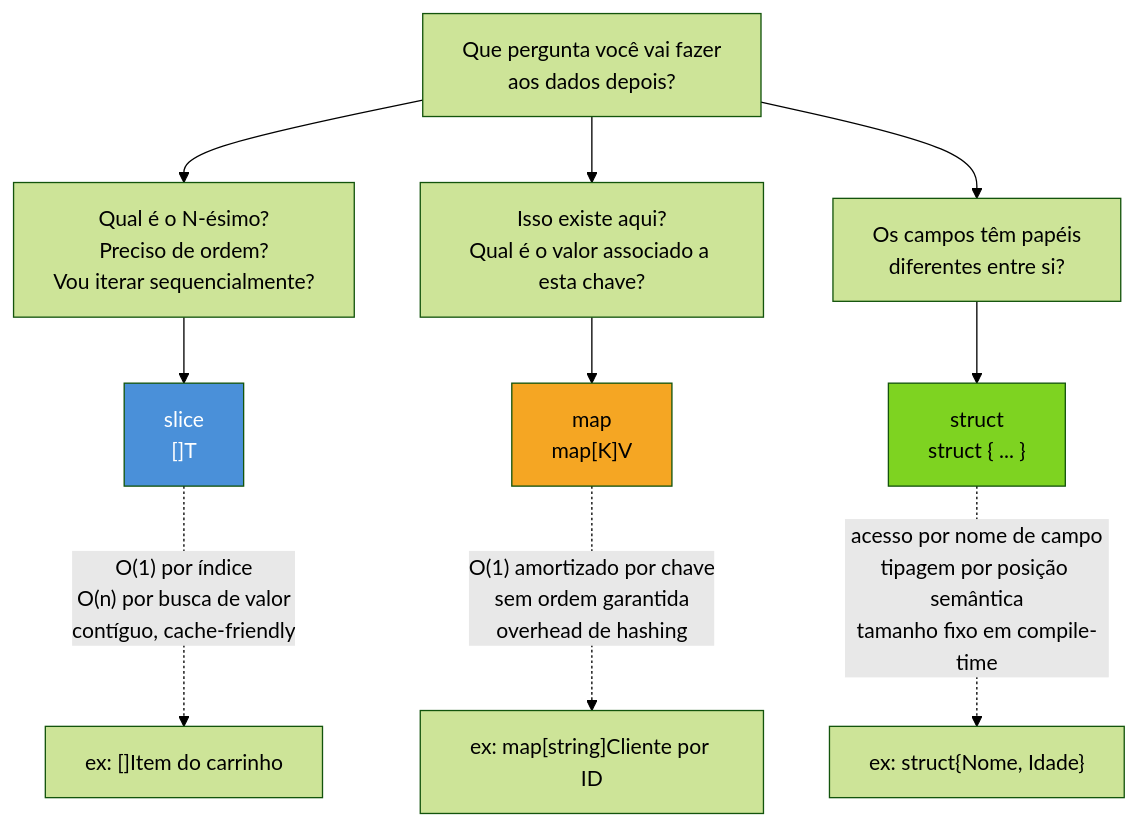
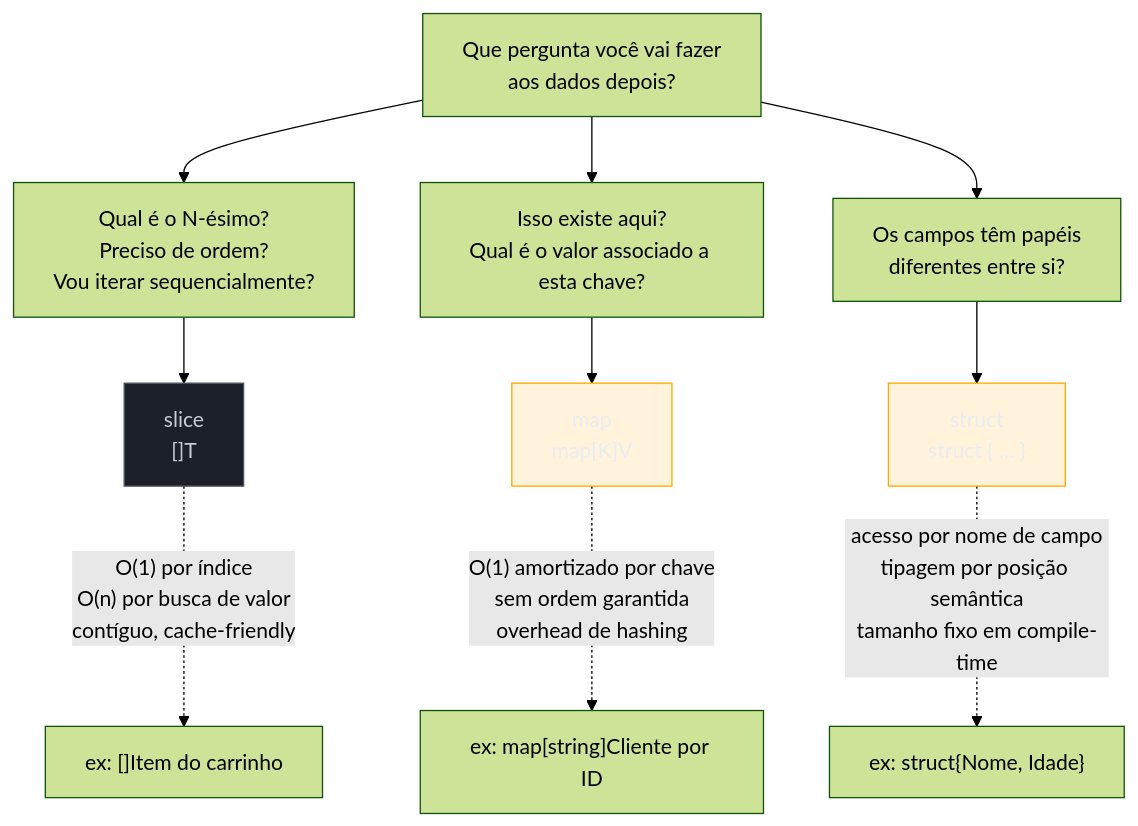
One commit to josenaldo/codex-technomanticus changed the first of 2 diagrams in 03-Dominios/Tecnologia/Go/05 - Coleções e dados/08 - Escolhendo a estrutura de dados certa.md. Above: the diagram before and after it, drawn with Mermaid (forest theme). The commit also changed other lines of this file and 1181 other files, not shown here.

First line of the commit message:
fix(diagramas): paleta do sistema no lugar de cor cravada no markdown

````diff
--- a/03-Dominios/Tecnologia/Go/05 - Coleções e dados/08 - Escolhendo a estrutura de dados certa.md
+++ b/03-Dominios/Tecnologia/Go/05 - Coleções e dados/08 - Escolhendo a estrutura de dados certa.md
@@ -48,18 +48,20 @@
 ```mermaid
 flowchart TD
+    classDef neutro fill:#1B2029,stroke:#4E5666,color:#C6CCD8
+    classDef destaque fill:#FFAA0024,stroke:#FFAA00,color:#E9ECF2
     Q["Que pergunta você vai fazer<br/>aos dados depois?"] --> A["Qual é o N-ésimo?<br/>Preciso de ordem?<br/>Vou iterar sequencialmente?"]
     Q --> B["Isso existe aqui?<br/>Qual é o valor associado a esta chave?"]
     Q --> C["Os campos têm papéis<br/>diferentes entre si?"]
 
     A --> S["slice<br/>[]T"]
     B --> M["map<br/>map[K]V"]
     C --> ST["struct<br/>struct { ... }"]
 
     S -.->|"O(1) por índice<br/>O(n) por busca de valor<br/>contíguo, cache-friendly"| S2["ex: []Item do carrinho"]
     M -.->|"O(1) amortizado por chave<br/>sem ordem garantida<br/>overhead de hashing"| M2["ex: map[string]Cliente por ID"]
     ST -.->|"acesso por nome de campo<br/>tipagem por posição semântica<br/>tamanho fixo em compile-time"| ST2["ex: struct{Nome, Idade}"]
 
-    style S fill:#4A90D9,color:#fff
-    style M fill:#F5A623,color:#000
-    style ST fill:#7ED321,color:#000
+    class S neutro
+    class M destaque
+    class ST destaque
 ```
````
